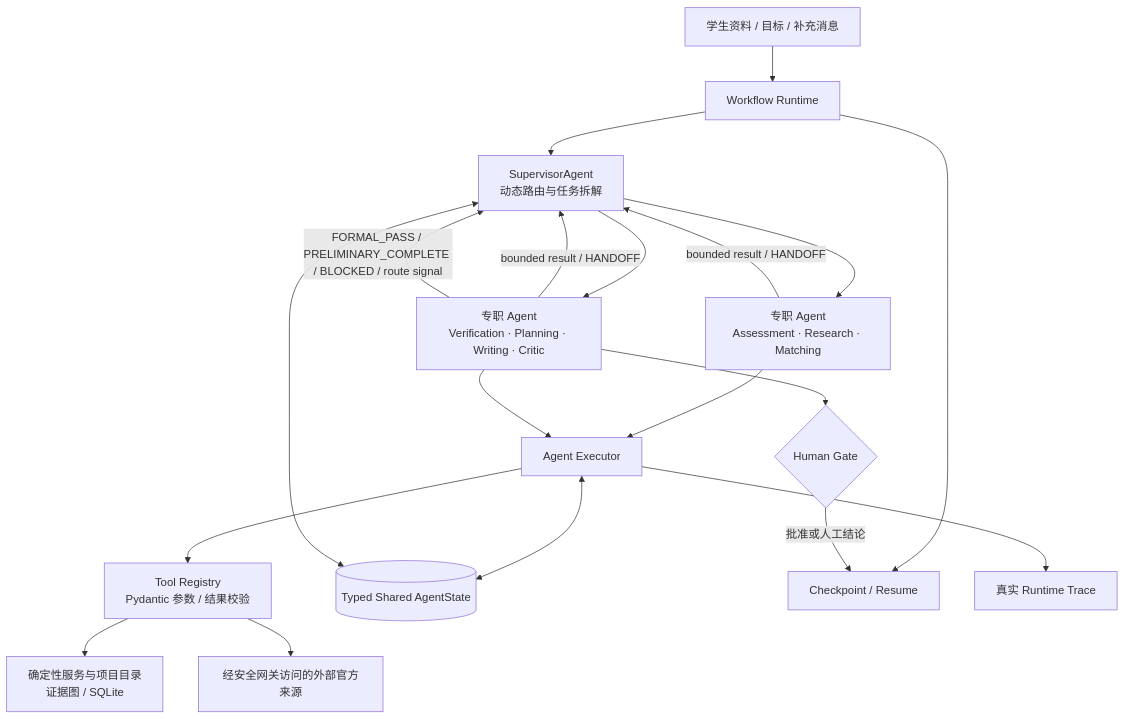
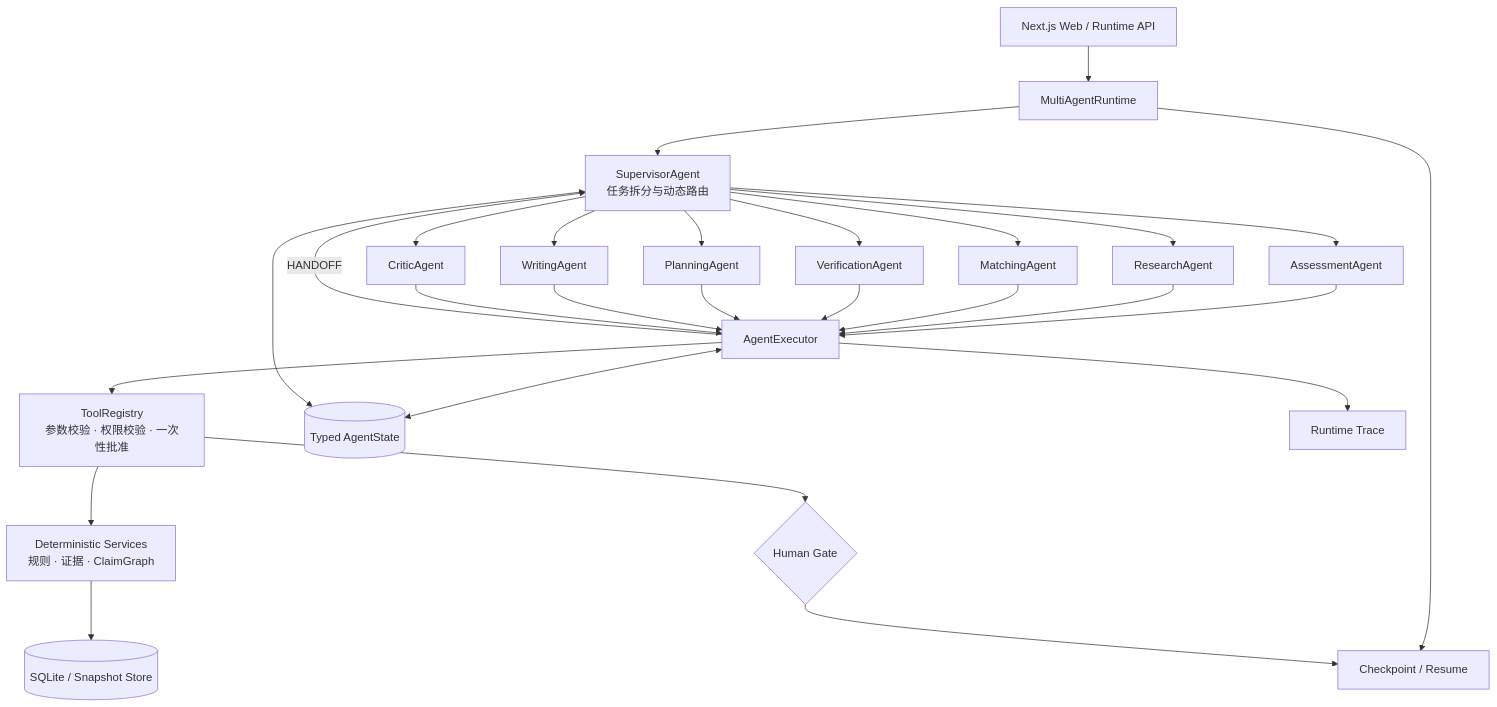
One commit to ZorIgn/HarborPilot-MultiAgent changed the second of 2 diagrams in README.md. Above: the diagram before and after it, drawn with Mermaid. The commit also changed other lines of this file and 48 other files, not shown here.

Commit message:
feat: enforce trustworthy multi-agent review gates

```diff
--- a/README.md
+++ b/README.md
@@ -30,21 +58,33 @@
 ~~~mermaid
 flowchart TB
-    U["学生资料 / 目标 / 补充消息"] --> R["Workflow Runtime"]
-    R --> S["SupervisorAgent<br/>动态路由与任务拆解"]
-    S --> A["专职 Agent<br/>Assessment · Research · Matching"]
-    S --> V["专职 Agent<br/>Verification · Planning · Writing · Critic"]
-    A -->|"bounded result / HANDOFF"| S
-    V -->|"bounded result / HANDOFF"| S
-    A --> X["Agent Executor"]
-    V --> X
-    X --> T["Tool Registry<br/>Pydantic 参数 / 结果校验"]
-    T --> D["确定性服务与项目目录<br/>证据图 / SQLite"]
-    T --> O["经安全网关访问的外部官方来源"]
-    X <--> ST[("Typed Shared AgentState")]
+    UI["Next.js Web / Runtime API"] --> RT["MultiAgentRuntime"]
+    RT --> S["SupervisorAgent<br/>任务拆分与动态路由"]
+
+    S --> A["AssessmentAgent"]
+    S --> R["ResearchAgent"]
+    S --> M["MatchingAgent"]
+    S --> V["VerificationAgent"]
+    S --> P["PlanningAgent"]
+    S --> W["WritingAgent"]
+    S --> C["CriticAgent"]
+
+    A --> E["AgentExecutor"]
+    R --> E
+    M --> E
+    V --> E
+    P --> E
+    W --> E
+    C --> E
+
+    E --> T["ToolRegistry<br/>参数校验 · 权限校验 · 一次性批准"]
+    T --> SV["Deterministic Services<br/>规则 · 证据 · ClaimGraph"]
+    SV --> DB[("SQLite / Snapshot Store")]
+
+    E <--> ST[("Typed AgentState")]
     S <--> ST
-    V -->|"FORMAL_PASS / PRELIMINARY_COMPLETE / BLOCKED / route signal"| S
-    R --> C["Checkpoint / Resume"]
-    X --> TR["真实 Runtime Trace"]
-    V --> H{"Human Gate"}
-    H -->|"批准或人工结论"| C
+    RT --> CP["Checkpoint / Resume"]
+    E --> TR["Runtime Trace"]
+    T --> HG{"Human Gate"}
+    HG --> CP
+    E -->|"HANDOFF"| S
 ~~~
```
